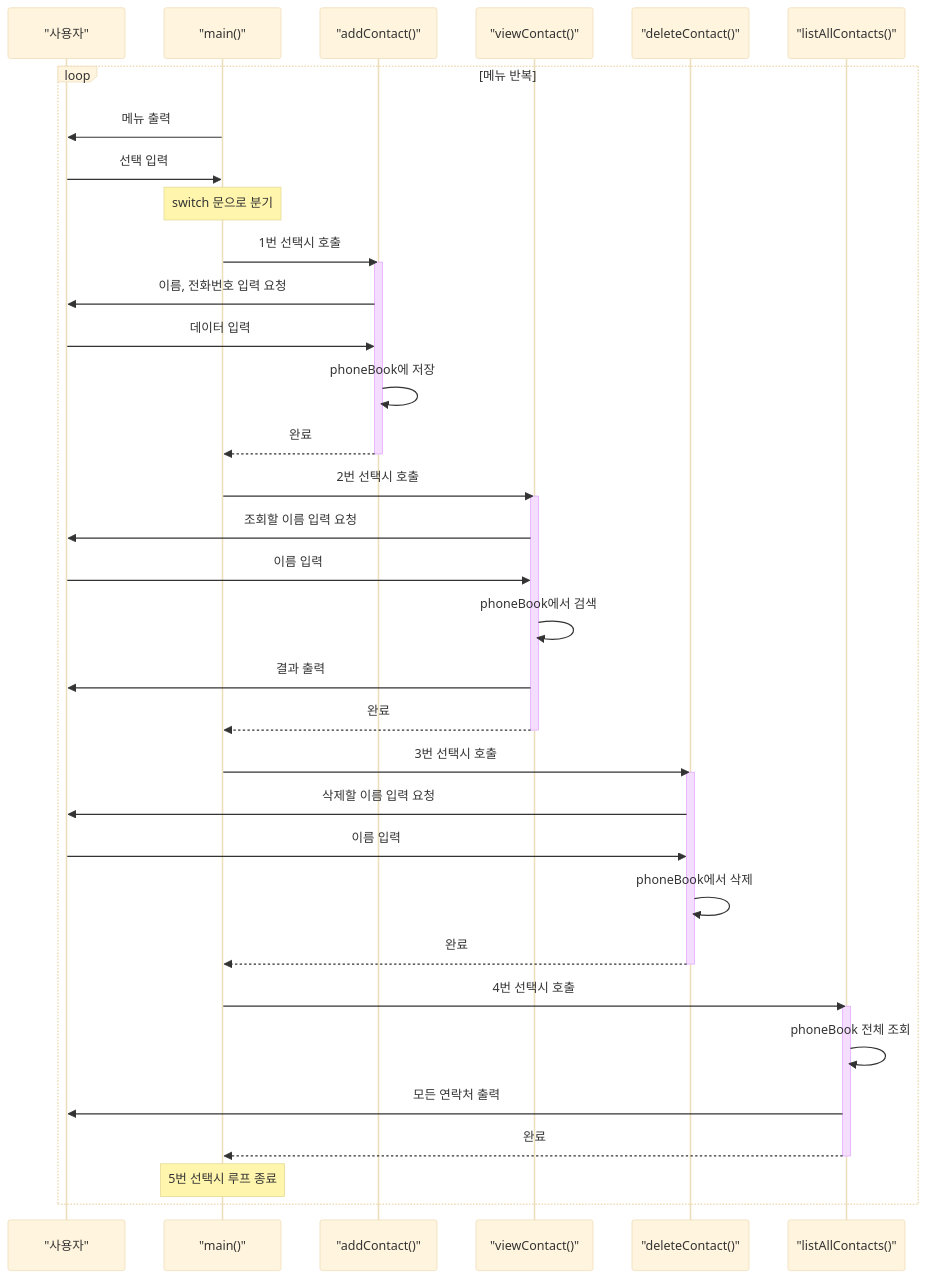
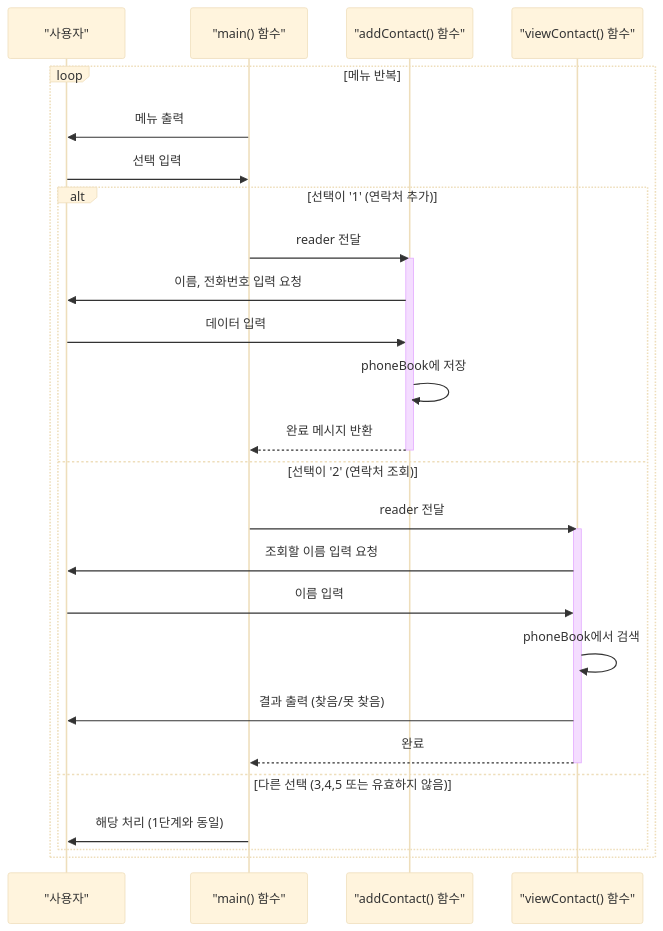
One commit to leekh4232/hossam-blog changed the sixth of 8 diagrams in _posts/03.코딩/golang/24-10-19-Go언어-미니프로젝트(1)-구구단,계산기,전화번호부.md. Above: the diagram before and after it, drawn with Mermaid (base theme). The commit also changed other lines of this file and 5 other files, not shown here.

````diff
--- a/_posts/03.코딩/golang/24-10-19-Go언어-미니프로젝트(1)-구구단,계산기,전화번호부.md
+++ b/_posts/03.코딩/golang/24-10-19-Go언어-미니프로젝트(1)-구구단,계산기,전화번호부.md
@@ -274,50 +685,33 @@
 ```mermaid
 sequenceDiagram
     participant User as "사용자"
-    participant Main as "main()"
-    participant Add as "addContact()"
-    participant View as "viewContact()"
-    participant Delete as "deleteContact()"
-    participant List as "listAllContacts()"
+    participant Main as "main() 함수"
+    participant Add as "addContact() 함수"
+    participant View as "viewContact() 함수"
 
     loop 메뉴 반복
         Main->>User: 메뉴 출력
         User->>Main: 선택 입력
 
-        Note over Main: switch 문으로 분기
-
-        Main->>Add: 1번 선택시 호출
-        activate Add
-        Add->>User: 이름, 전화번호 입력 요청
-        User->>Add: 데이터 입력
-        Add->>Add: phoneBook에 저장
-        Add-->>Main: 완료
-        deactivate Add
-
-        Main->>View: 2번 선택시 호출
-        activate View
-        View->>User: 조회할 이름 입력 요청
-        User->>View: 이름 입력
-        View->>View: phoneBook에서 검색
-        View->>User: 결과 출력
-        View-->>Main: 완료
-        deactivate View
-
-        Main->>Delete: 3번 선택시 호출
-        activate Delete
-        Delete->>User: 삭제할 이름 입력 요청
-        User->>Delete: 이름 입력
-        Delete->>Delete: phoneBook에서 삭제
-        Delete-->>Main: 완료
-        deactivate Delete
-
-        Main->>List: 4번 선택시 호출
-        activate List
-        List->>List: phoneBook 전체 조회
-        List->>User: 모든 연락처 출력
-        List-->>Main: 완료
-        deactivate List
-
-        Note over Main: 5번 선택시 루프 종료
+        alt 선택이 '1' (연락처 추가)
+            Main->>Add: reader 전달
+            activate Add
+            Add->>User: 이름, 전화번호 입력 요청
+            User->>Add: 데이터 입력
+            Add->>Add: phoneBook에 저장
+            Add-->>Main: 완료 메시지 반환
+            deactivate Add
+        else 선택이 '2' (연락처 조회)
+            Main->>View: reader 전달
+            activate View
+            View->>User: 조회할 이름 입력 요청
+            User->>View: 이름 입력
+            View->>View: phoneBook에서 검색
+            View->>User: 결과 출력 (찾음/못 찾음)
+            View-->>Main: 완료
+            deactivate View
+        else 다른 선택 (3,4,5 또는 유효하지 않음)
+            Main->>User: 해당 처리 (1단계와 동일)
+        end
     end
 ```
````
